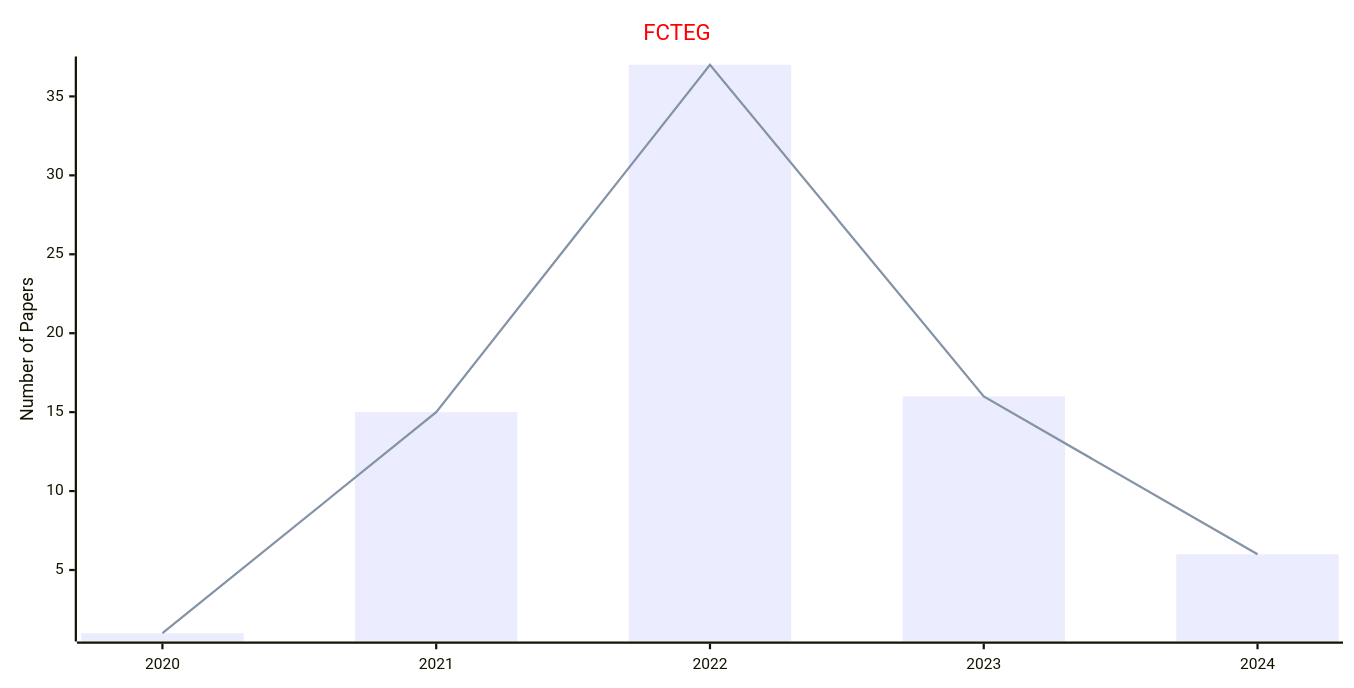
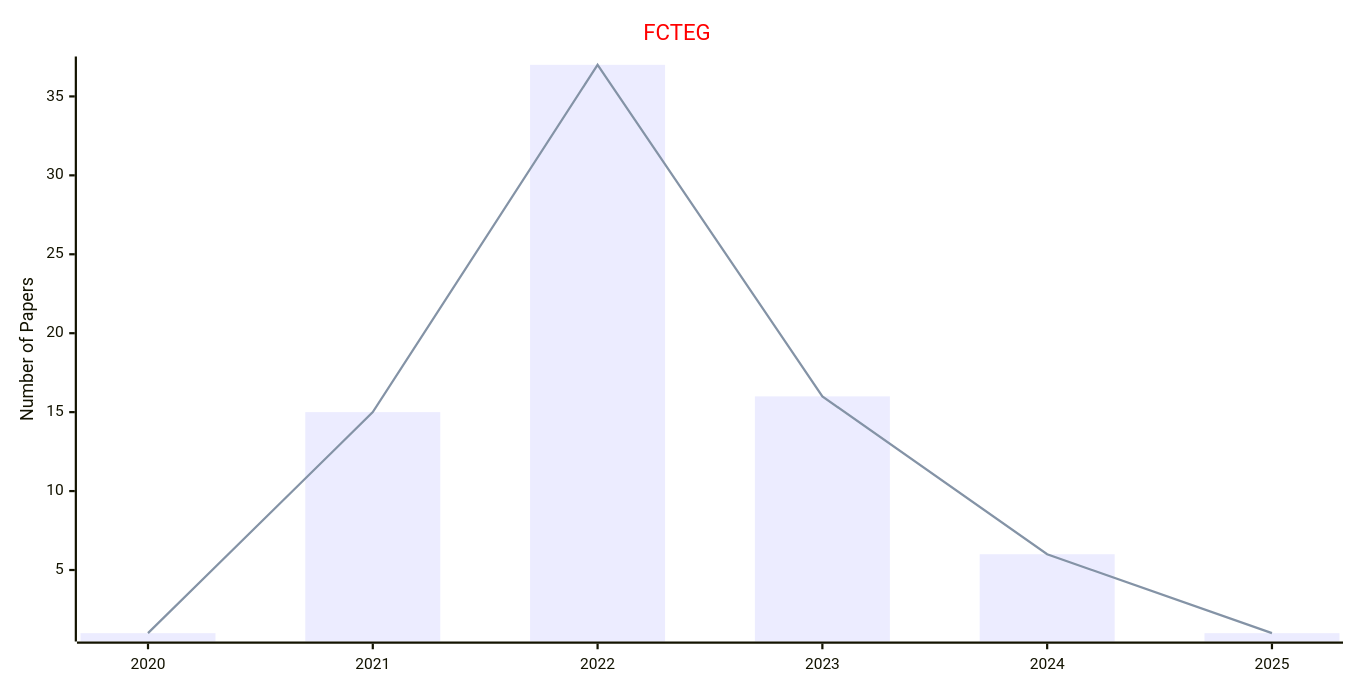
Before and after one commit to Easy-PhD/AILinks: the diagram in docs/data/Journals/Statistics_Journals/Control_Systems.md, drawn with Mermaid. The commit also changed 93 other files, not shown here.

````diff
--- a/docs/data/Journals/Statistics_Journals/Control_Systems.md
+++ b/docs/data/Journals/Statistics_Journals/Control_Systems.md
@@ -9,17 +9,17 @@
 ```mermaid
 ---
 config:
     xyChart:
         width: 1200
         height: 600
     themeVariables:
         xyChart:
             titleColor: "#ff0000"
 ---
 xychart-beta
     title "FCTEG"
-    x-axis [2020, 2021, 2022, 2023, 2024]
+    x-axis [2020, 2021, 2022, 2023, 2024, 2025]
     y-axis "Number of Papers"
-    bar [1, 15, 37, 16, 6]
-    line [1, 15, 37, 16, 6]
+    bar [1, 15, 37, 16, 6, 1]
+    line [1, 15, 37, 16, 6, 1]
 ```
````
